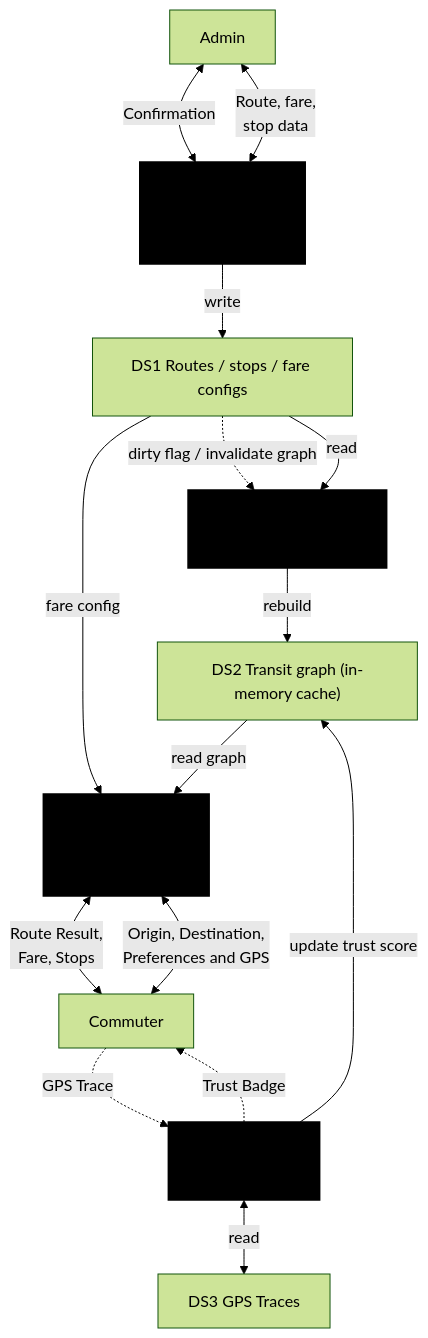
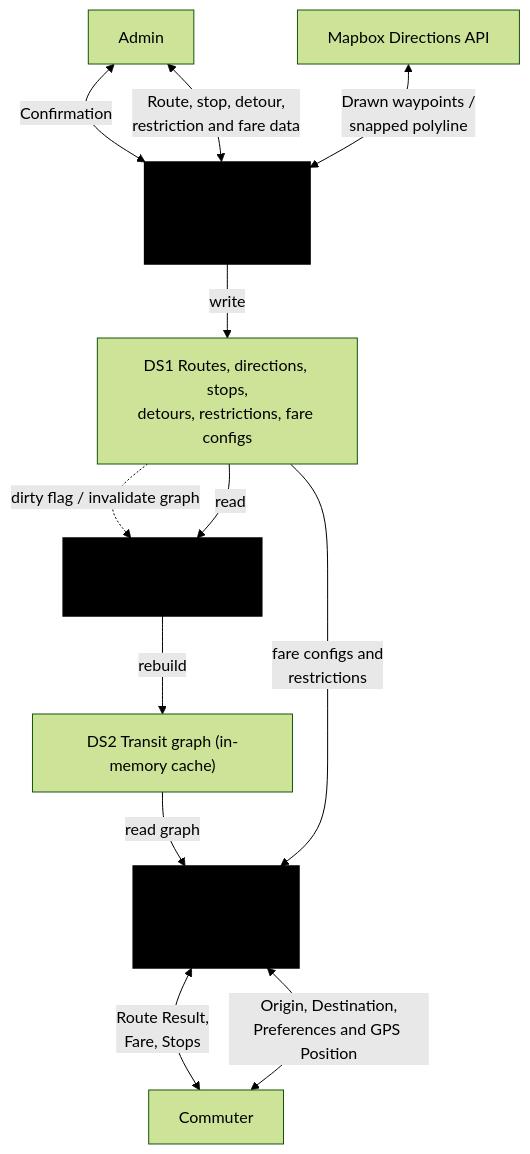
Before and after one commit to gjpgabayeron/komyuter: the second of 2 diagrams in docs/thesis/CHAPTER3.md, drawn with Mermaid (forest theme). The commit also changed other lines of this file, not shown here.

Commit message:
docs(thesis): update dtf diagrams and add pseudocode

````diff
--- a/docs/thesis/CHAPTER3.md
+++ b/docs/thesis/CHAPTER3.md
@@ -82,51 +84,43 @@
 ```mermaid
 flowchart TD
     %% Actors
     Admin["Admin"]
     Commuter["Commuter"]
+    Mapbox["Mapbox Directions API"]
 
     %% Processes
     P1["P1<br>Route and Fare<br>Management"]
     P2["P2<br>Graph Construction"]
     P3["P3<br>Navigation and<br>Pathfinding"]
-    P4["P4<br>Trust Scoring"]
 
     %% Data Stores
-    DS1["DS1 Routes / stops / fare configs"]
+    DS1["DS1 Routes, directions, stops,<br>detours, restrictions, fare configs"]
     DS2["DS2 Transit graph (in-memory cache)"]
-    DS3["DS3 GPS Traces"]
 
-    %% Connections - Admin to P1
+    %% Connections - Admin and Mapbox to P1
     Admin <-->|"Confirmation"| P1
-    P1 <-->|"Route, fare,<br>stop data"| Admin
+    P1 <-->|"Route, stop, detour,<br>restriction and fare data"| Admin
+    Mapbox <-->|"Drawn waypoints /<br>snapped polyline"| P1
 
     %% Connections - P1 to DS1
     P1 -->|"write"| DS1
     DS1 -.->|"dirty flag / invalidate graph"| P2
 
     %% Connections - DS1 to P2 and P3
     DS1 -->|"read"| P2
-    DS1 -->|"fare config"| P3
+    DS1 -->|"fare configs and<br>restrictions"| P3
 
     %% Connections - P2 to DS2
     P2 -->|"rebuild"| DS2
 
     %% Connections - DS2 to P3
     DS2 -->|"read graph"| P3
 
     %% Connections - Commuter to P3
-    Commuter <-->|"Origin, Destination,<br>Preferences and GPS"| P3
+    Commuter <-->|"Origin, Destination,<br>Preferences and GPS Position"| P3
     P3 <-->|"Route Result,<br>Fare, Stops"| Commuter
 
-    %% Connections - Commuter to P4
-    Commuter -.->|"GPS Trace"| P4
-    P4 -.->|"Trust Badge"| Commuter
-
-    %% Connections - P4 to DS3 and DS2
-    P4 <-->|"read"| DS3
-    P4 -->|"update trust score"| DS2
-
-    %% Styling to create the horizontal lines in P1-P4
+    %% Styling to create the horizontal lines in P1-P3
     classDef process fill:#000000,stroke:#000,stroke-width:1.5,shape:stadium;
-    class P1,P2,P3,P4 process;
+    class P1,P2,P3 process;
 ```
````
